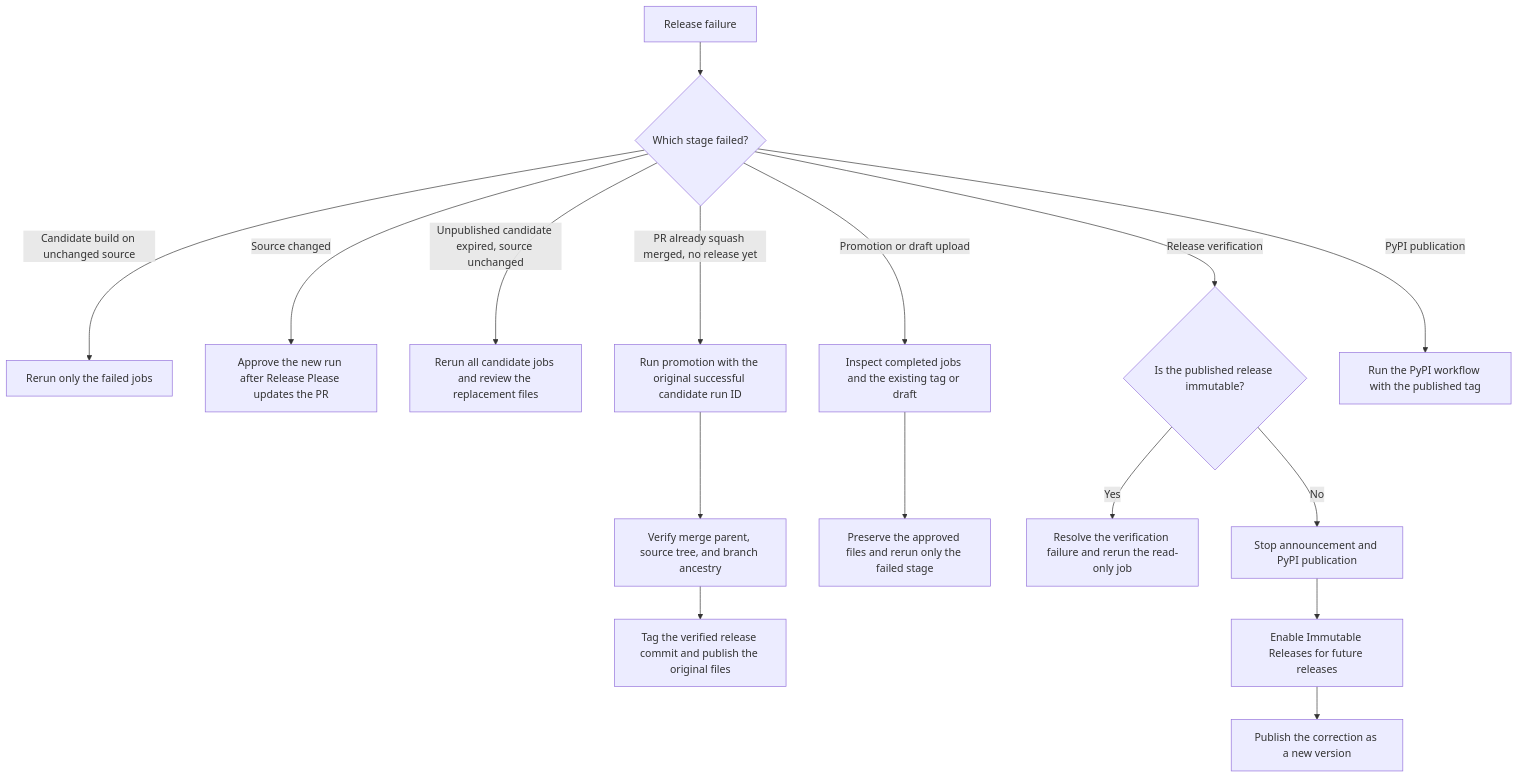
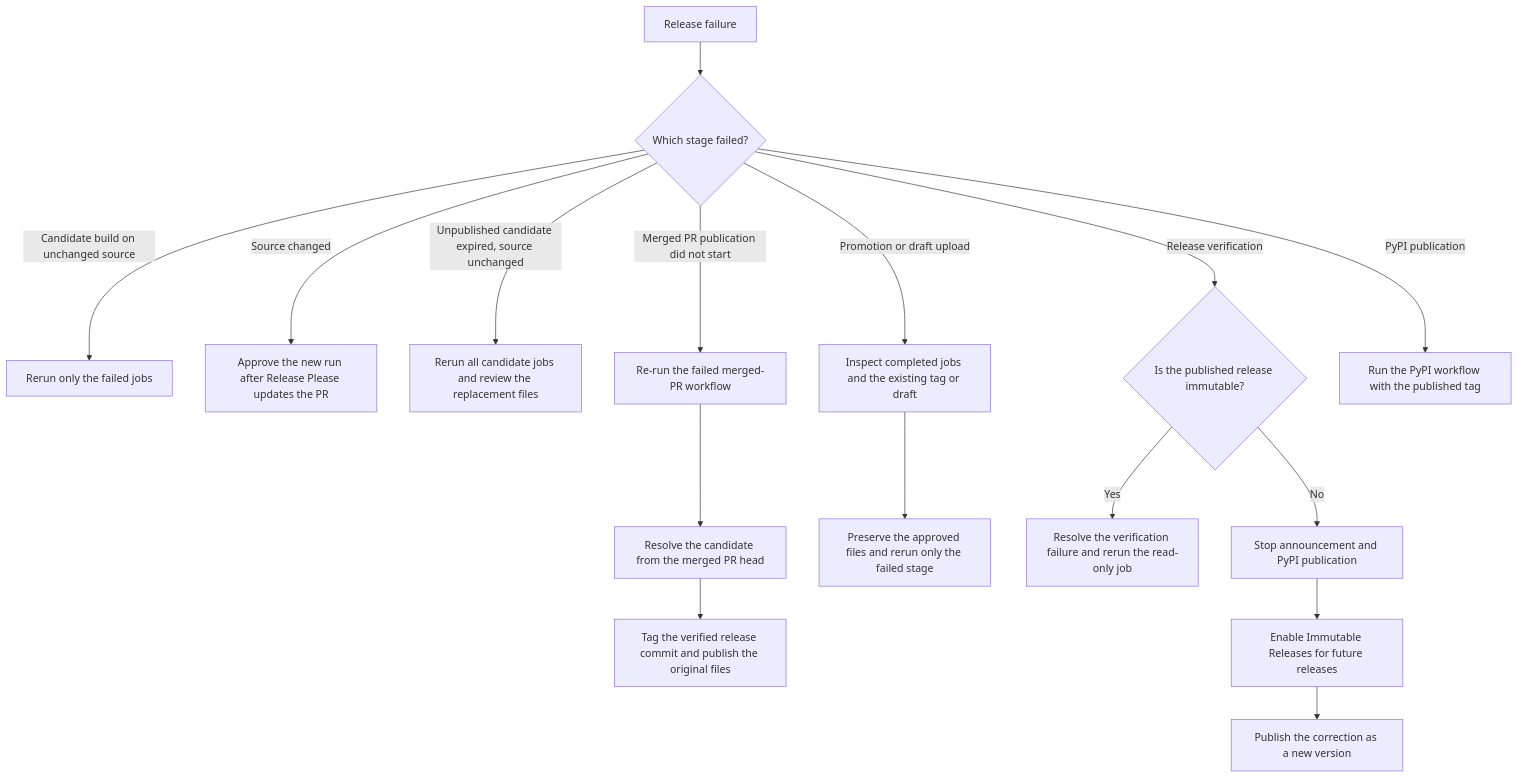
Before and after one commit to NatLabRockies/arco: the second of 2 diagrams in RELEASE_POLICY.md, drawn with Mermaid. The commit also changed other lines of this file and 7 other files, not shown here.

First line of the commit message:
fix(release): publish approved candidate on merge (#426)

````diff
--- a/RELEASE_POLICY.md
+++ b/RELEASE_POLICY.md
@@ -157,18 +158,18 @@
 ```mermaid
 flowchart TD
     Failure[Release failure] --> Stage{Which stage failed?}
     Stage -->|Candidate build on unchanged source| Build[Rerun only the failed jobs]
     Stage -->|Source changed| Fresh[Approve the new run after Release Please updates the PR]
     Stage -->|Unpublished candidate expired, source unchanged| Rebuild[Rerun all candidate jobs and review the replacement files]
     Stage -->|Promotion or draft upload| Inspect[Inspect completed jobs and the existing tag or draft]
-    Stage -->|PR already squash merged, no release yet| Recover[Run promotion with the original successful candidate run ID]
-    Recover --> Match[Verify merge parent, source tree, and branch ancestry]
+    Stage -->|Merged PR publication did not start| Recover[Re-run the failed merged-PR workflow]
+    Recover --> Match[Resolve the candidate from the merged PR head]
     Match --> Publish[Tag the verified release commit and publish the original files]
     Inspect --> Preserve[Preserve the approved files and rerun only the failed stage]
     Stage -->|Release verification| Verify{Is the published release immutable?}
     Verify -->|Yes| RetryVerify[Resolve the verification failure and rerun the read-only job]
     Verify -->|No| Stop[Stop announcement and PyPI publication]
     Stop --> Configure[Enable Immutable Releases for future releases]
     Configure --> NewVersion[Publish the correction as a new version]
     Stage -->|PyPI publication| PyPI[Run the PyPI workflow with the published tag]
 ```
````
